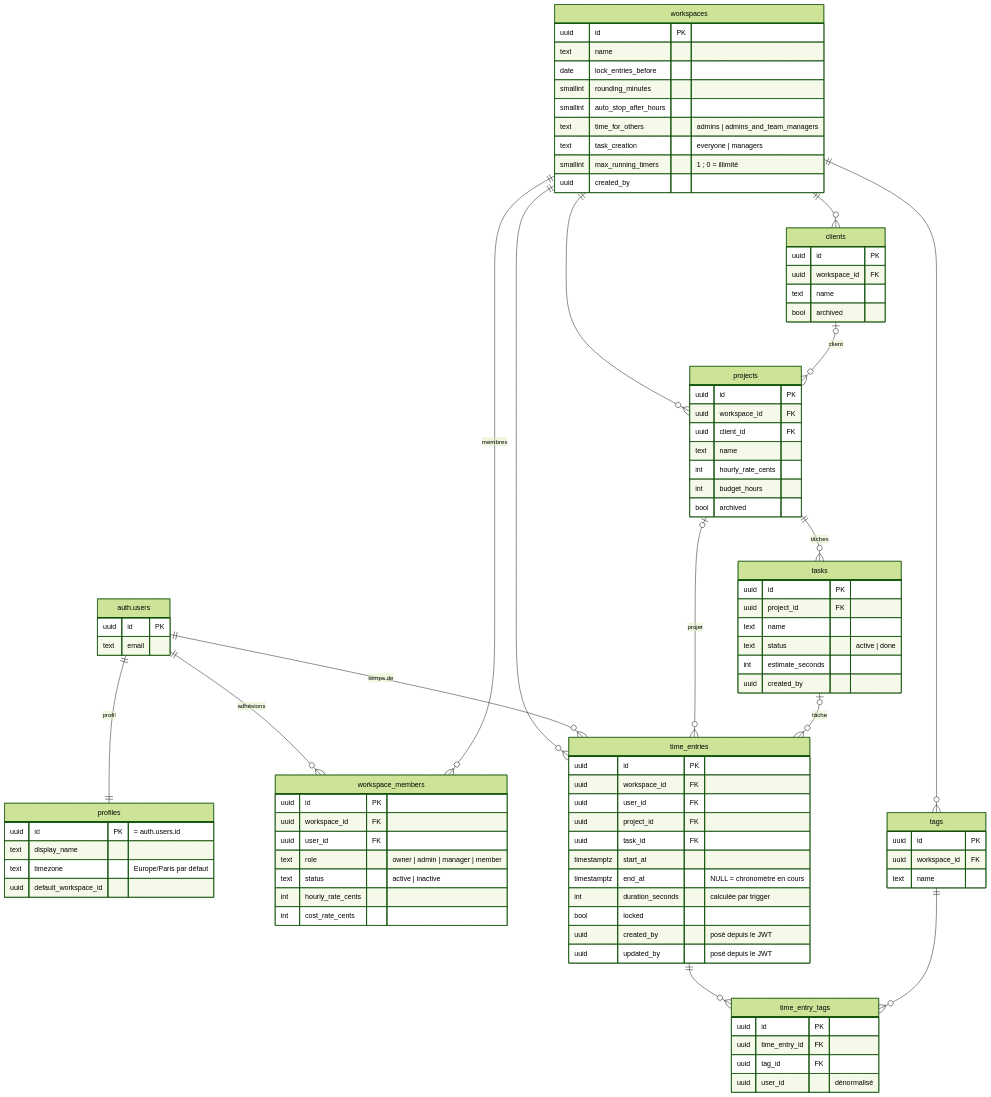
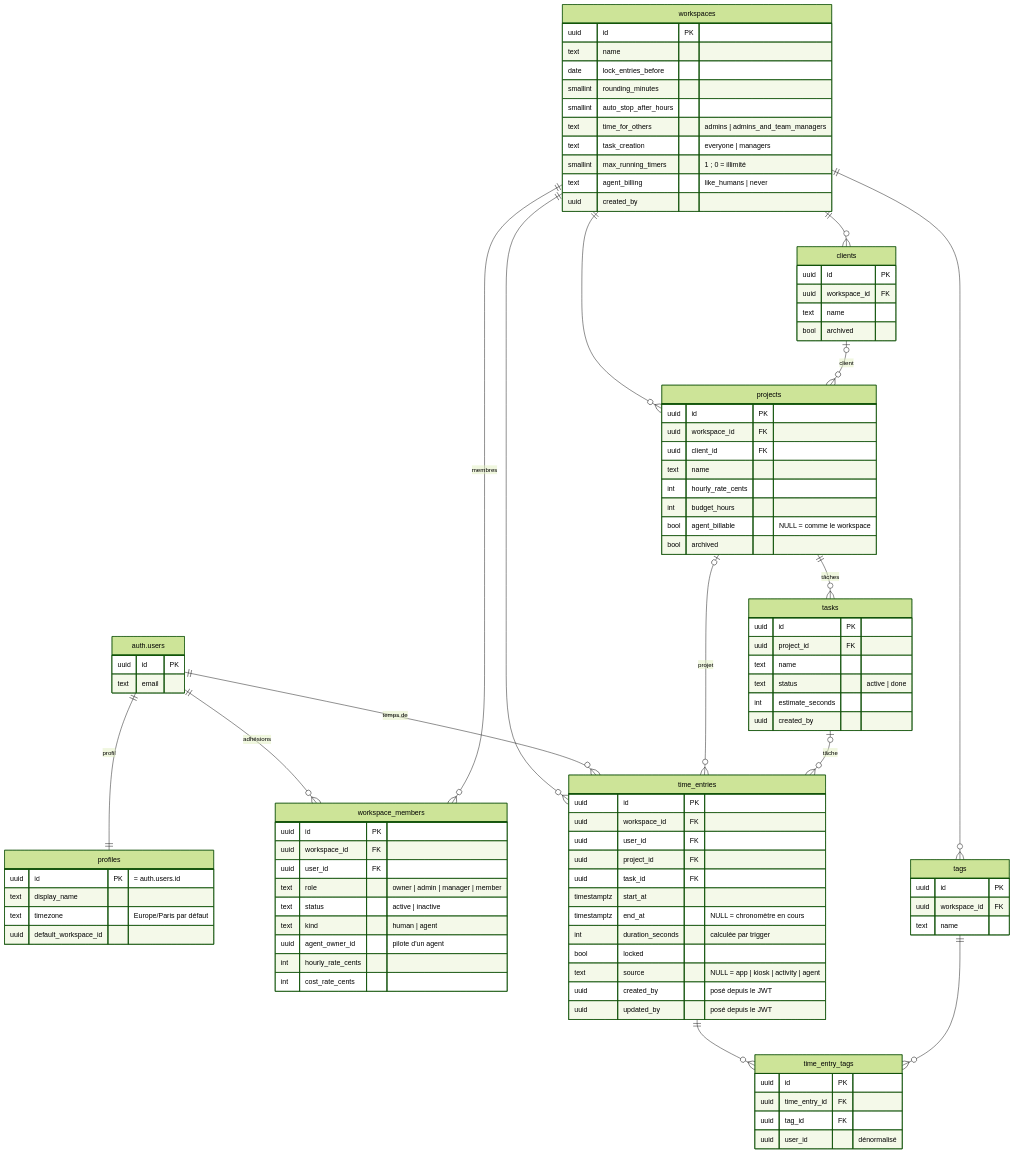
One commit to ysimonx/Clockifai changed the first of 3 diagrams in docs/architecture/donnees.md. Above: the diagram before and after it, drawn with Mermaid (forest theme). The commit also changed other lines of this file and 5 other files, not shown here.

```diff
--- a/docs/architecture/donnees.md
+++ b/docs/architecture/donnees.md
@@ -56,6 +56,7 @@
     text time_for_others "admins | admins_and_team_managers"
     text task_creation "everyone | managers"
     smallint max_running_timers "1 ; 0 = illimité"
+    text agent_billing "like_humans | never"
     uuid created_by
   }
   workspace_members {
@@ -64,6 +65,8 @@
     uuid user_id FK
     text role "owner | admin | manager | member"
     text status "active | inactive"
+    text kind "human | agent"
+    uuid agent_owner_id "pilote d'un agent"
     int hourly_rate_cents
     int cost_rate_cents
   }
@@ -80,6 +83,7 @@
     text name
     int hourly_rate_cents
     int budget_hours
+    bool agent_billable "NULL = comme le workspace"
     bool archived
   }
   tasks {
@@ -105,6 +109,7 @@
     timestamptz end_at "NULL = chronomètre en cours"
     int duration_seconds "calculée par trigger"
     bool locked
+    text source "NULL = app | kiosk | activity | agent"
     uuid created_by "posé depuis le JWT"
     uuid updated_by "posé depuis le JWT"
   }
```
